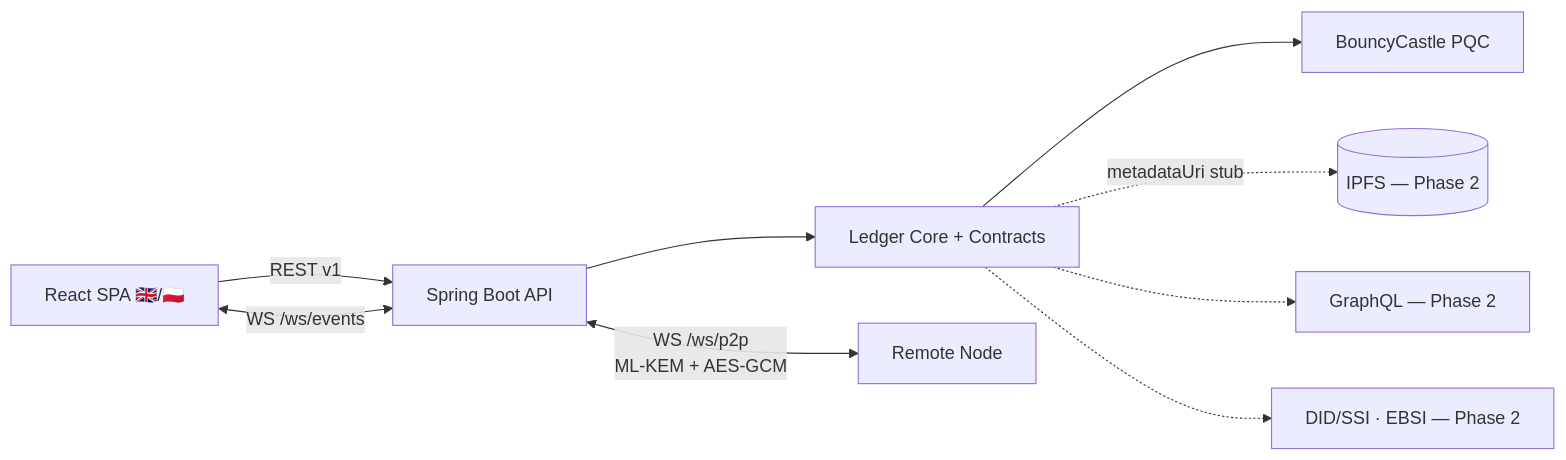
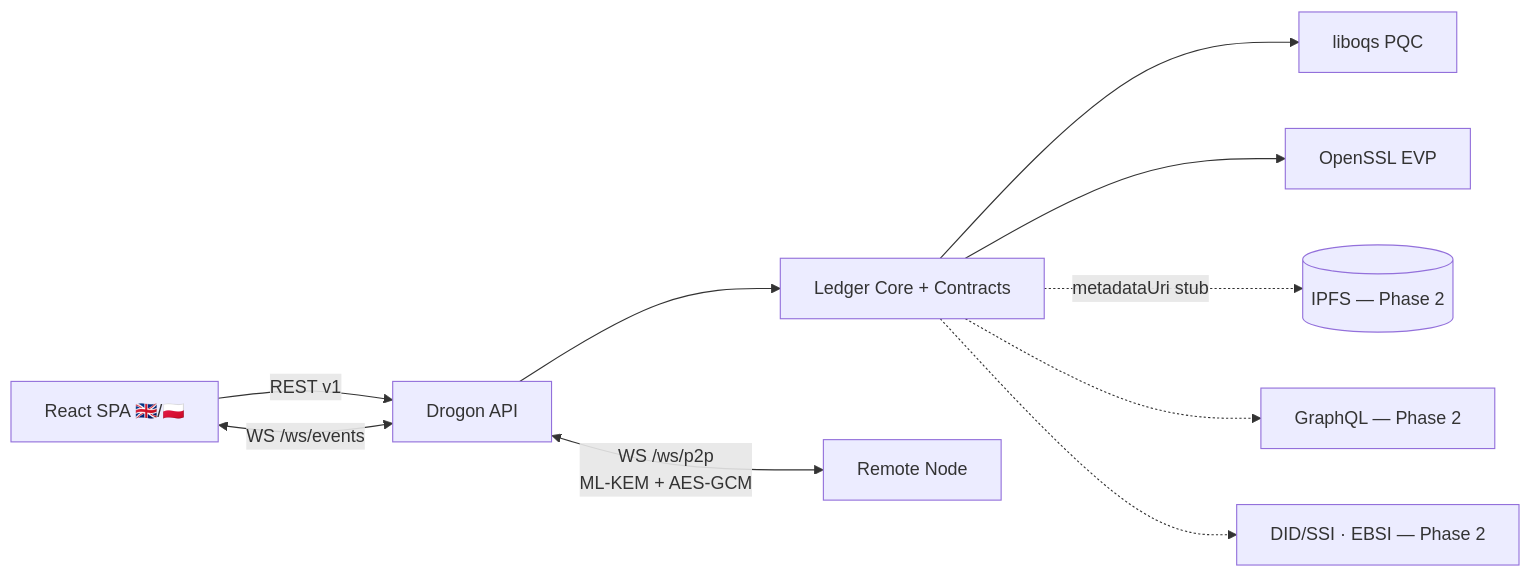
The diagram in app02_cpp_block/docs/sdlc/05-connectors-and-skills.md (hermesnauka/legal-blockchain-study), drawn with Mermaid before and after one commit. The commit also changed other lines of this file and 128 other files, not shown here.

````diff
--- a/app02_cpp_block/docs/sdlc/05-connectors-and-skills.md
+++ b/app02_cpp_block/docs/sdlc/05-connectors-and-skills.md
@@ -48,11 +49,12 @@
 ```mermaid
 flowchart LR
-    SPA[React SPA 🇬🇧/🇵🇱] -->|REST v1| API[Spring Boot API]
+    SPA[React SPA 🇬🇧/🇵🇱] -->|REST v1| API[Drogon API]
     SPA <-->|WS /ws/events| API
     API --> CORE[Ledger Core + Contracts]
-    CORE --> BC[BouncyCastle PQC]
+    CORE --> OQS[liboqs PQC]
+    CORE --> SSL[OpenSSL EVP]
     API <-->|WS /ws/p2p<br/>ML-KEM + AES-GCM| PEER[Remote Node]
     CORE -.->|metadataUri stub| IPFS[(IPFS — Phase 2)]
     CORE -.-> GQL[GraphQL — Phase 2]
     CORE -.-> DID[DID/SSI · EBSI — Phase 2]
 ```
````
